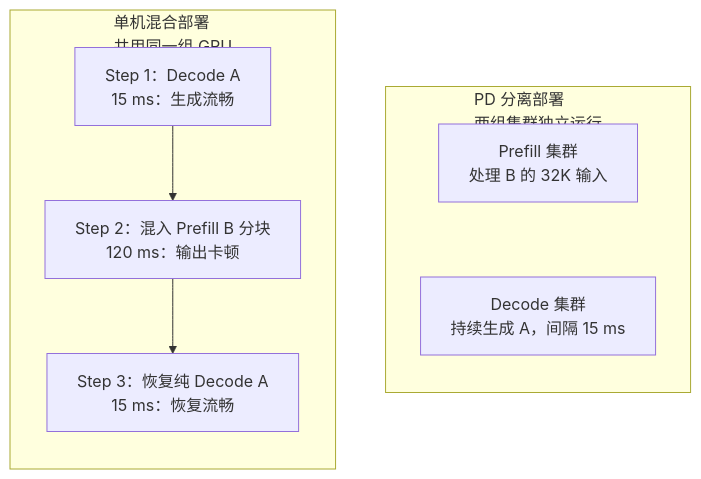
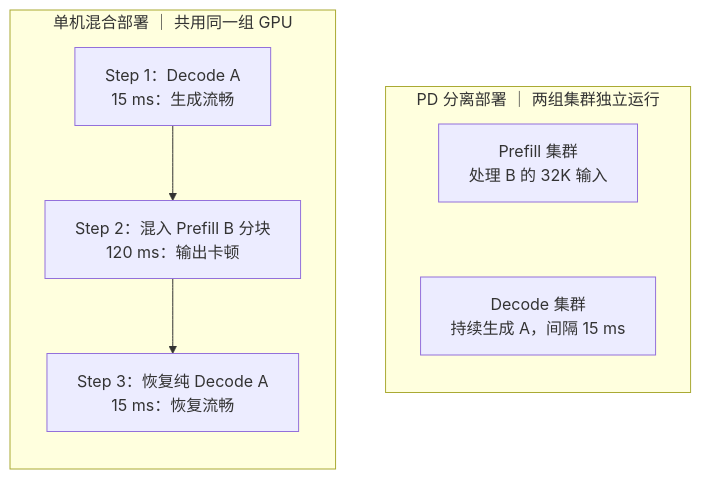
The first of 7 diagrams in content/blog/deepseek-pd-disaggregation-inference-architecture/index.mdx (David-Lolly/David-Lolly.github.io), drawn with Mermaid before and after one commit. The commit also changed other lines of this file, not shown here.

Commit message:
content(blog): 修复 PD 分离文章 Mermaid 子图标题显示
将混合部署与分离部署子图标题改为单行，提高状态流转图的层级间距，避免标题遮挡节点。

验证：浏览器实际渲染并目视检查 7 张图，节点无重叠，状态流转图标题间距为 5px。npm run build 已执行，Velite 成功，Next.js 编译阶段长时间无输出后中止，未确认完整构建通过。

````diff
--- a/content/blog/deepseek-pd-disaggregation-inference-architecture/index.mdx
+++ b/content/blog/deepseek-pd-disaggregation-inference-architecture/index.mdx
@@ -44,19 +44,19 @@
 ```mermaid
 flowchart LR
-    subgraph MIX["单机混合部署<br/>共用同一组 GPU"]
+    subgraph MIX["单机混合部署 ｜ 共用同一组 GPU"]
         direction TB
         M1["Step 1：Decode A<br/>15 ms：生成流畅"]
         M2["Step 2：混入 Prefill B 分块<br/>120 ms：输出卡顿"]
         M3["Step 3：恢复纯 Decode A<br/>15 ms：恢复流畅"]
         M1 --> M2 --> M3
     end
 
-    subgraph PD["PD 分离部署<br/>两组集群独立运行"]
+    subgraph PD["PD 分离部署 ｜ 两组集群独立运行"]
         direction TB
         P1["Prefill 集群<br/>处理 B 的 32K 输入"]
         D1["Decode 集群<br/>持续生成 A，间隔 15 ms"]
         P1 ~~~ D1
     end
 
     MIX ~~~ PD
 ```
````
